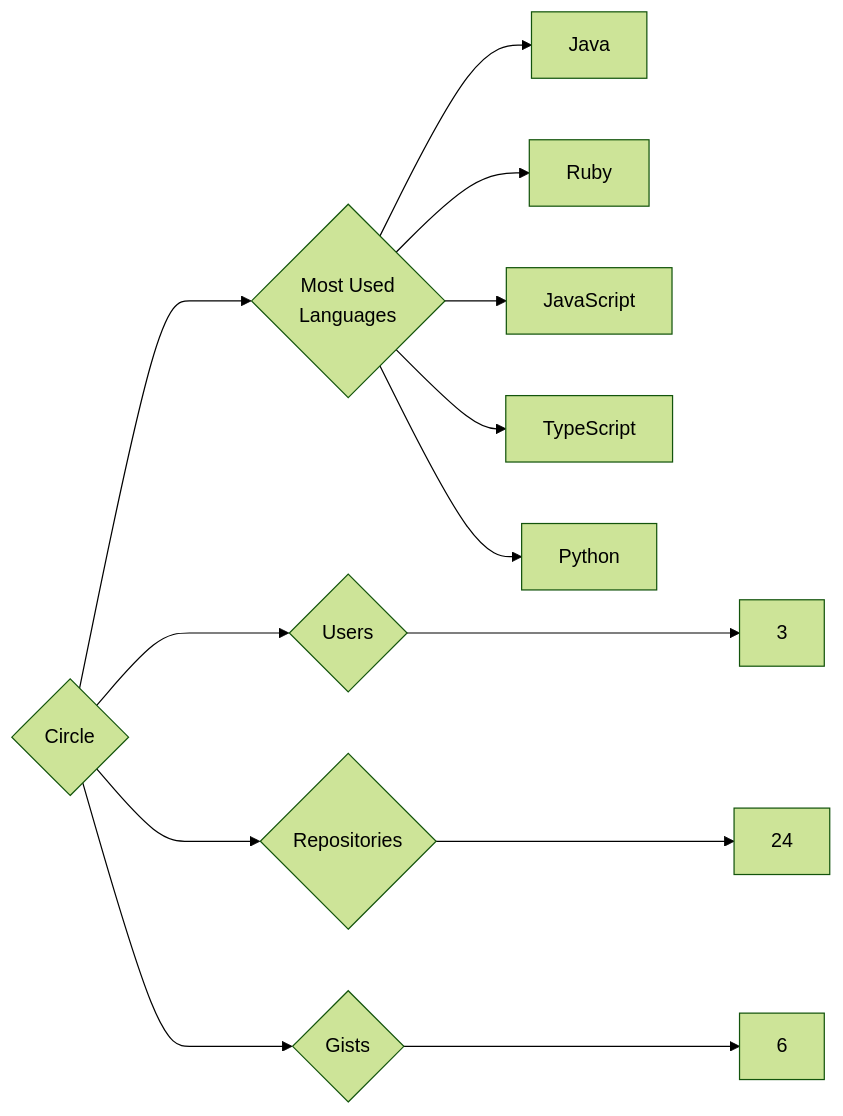
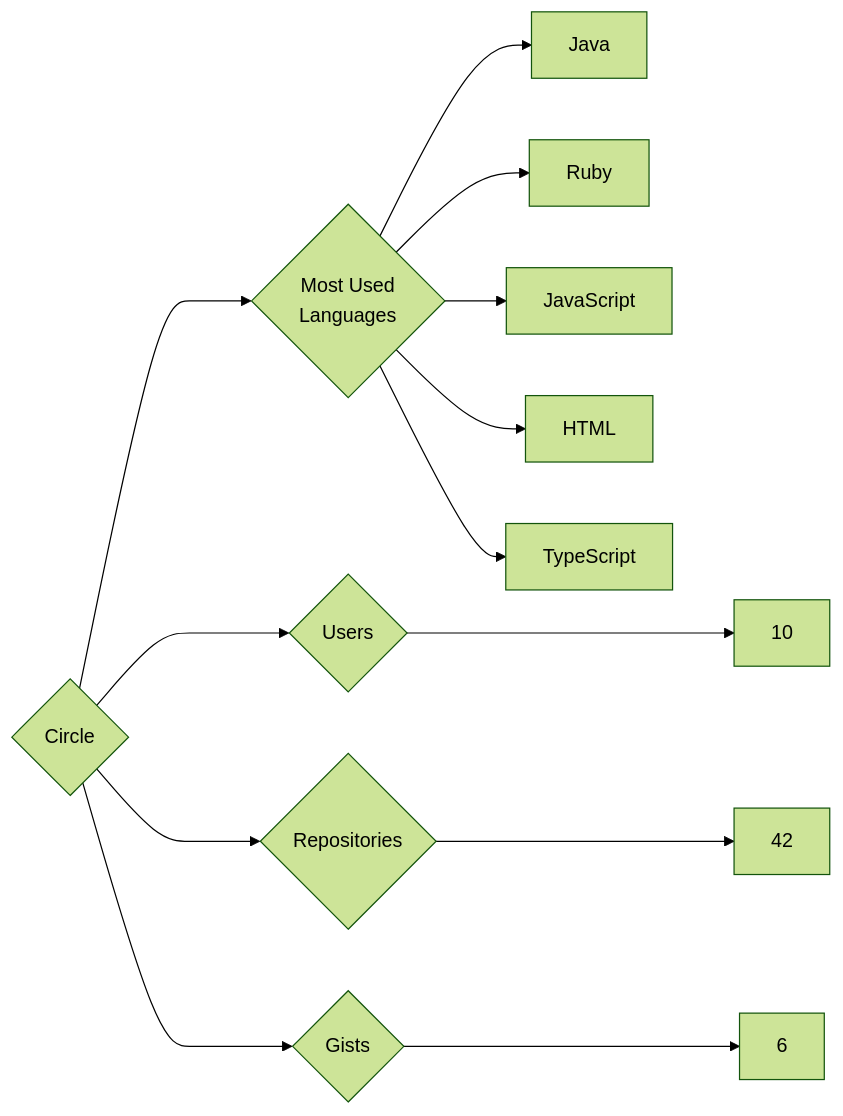
One commit to trickest/insiders changed the diagram in targets/Circle/README.md. Above: the diagram before and after it, drawn with Mermaid (forest theme). The commit also changed 988 other files, not shown here.

````diff
--- a/targets/Circle/README.md
+++ b/targets/Circle/README.md
@@ -3,13 +3,13 @@
 ```mermaid
 graph LR
 COMPANY_NAME{Circle}
-COMPANY_NAME ---> U{Users} ---> UN[3]
-COMPANY_NAME ---> R{Repositories} ---> RN[24]
+COMPANY_NAME ---> U{Users} ---> UN[10]
+COMPANY_NAME ---> R{Repositories} ---> RN[42]
 COMPANY_NAME ---> G{Gists} ---> GN[6]
 COMPANY_NAME ---> ML{Most Used<br>Languages}
 ML --> Java[Java]
 ML --> Ruby[Ruby]
 ML --> JavaScript[JavaScript]
+ML --> HTML[HTML]
 ML --> TypeScript[TypeScript]
-ML --> Python[Python]
 ```
````
